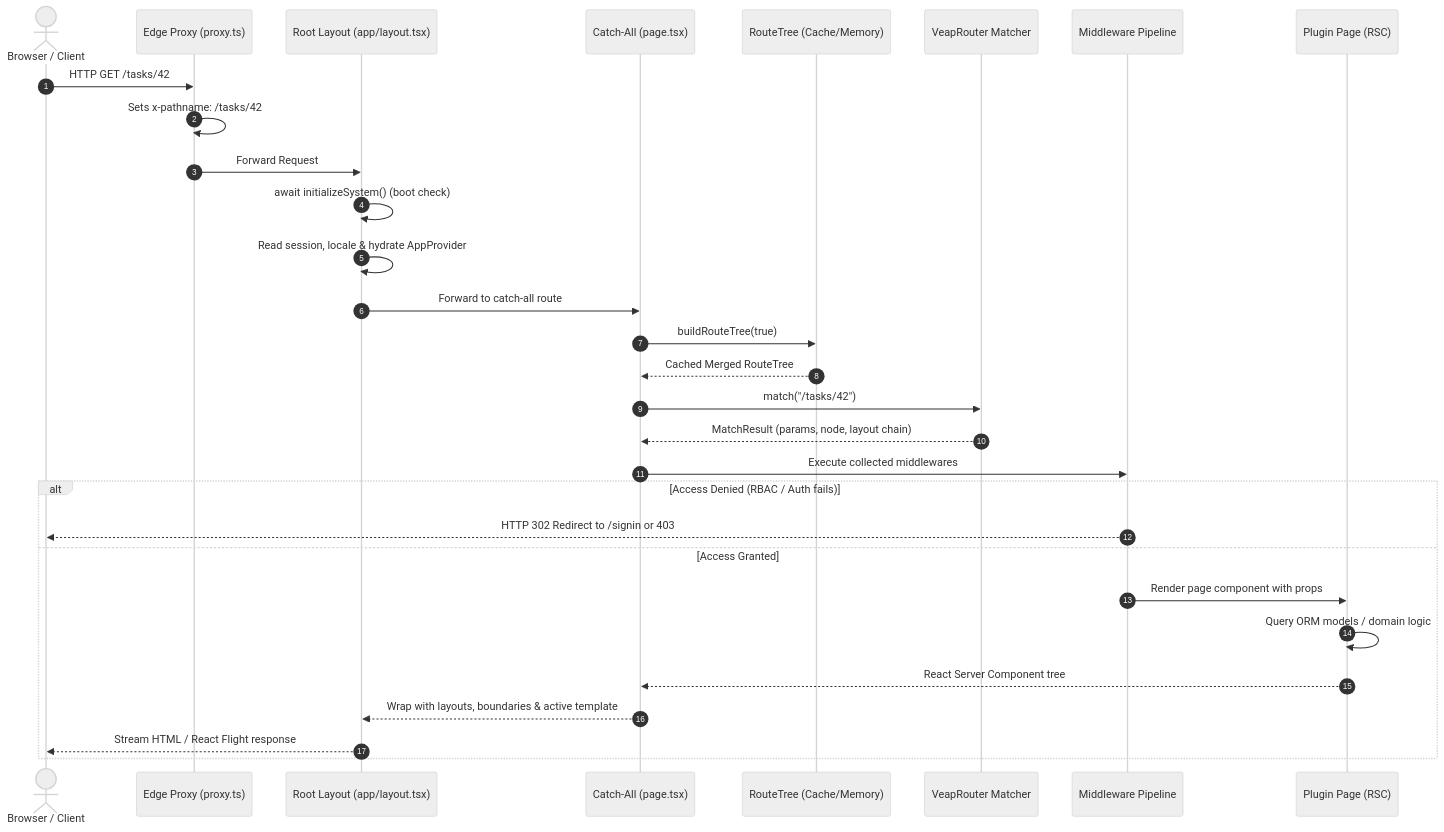
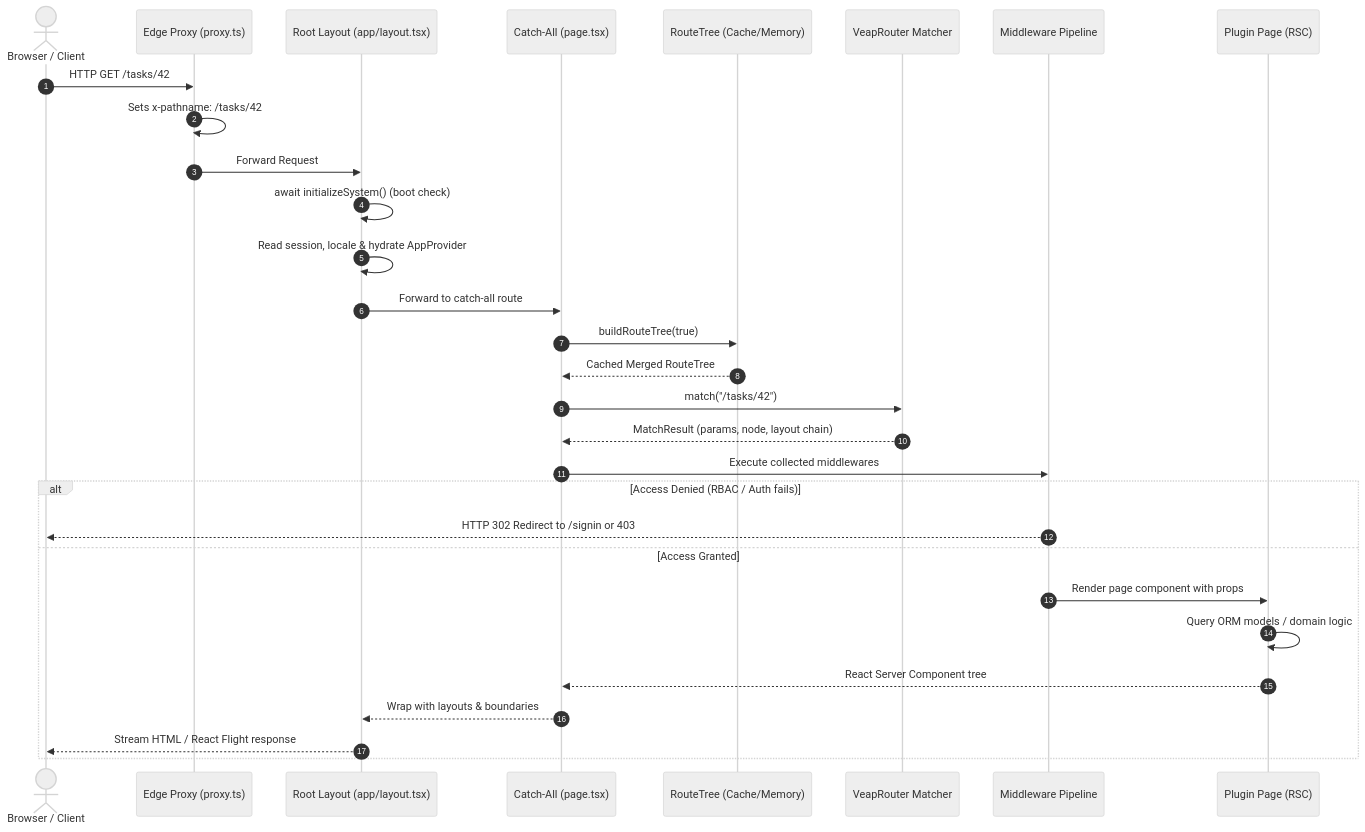
One commit to veapjs/veap changed the fourth of 4 diagrams in docs/fundamentals/architecture.md. Above: the diagram before and after it, drawn with Mermaid (neutral theme). The commit also changed other lines of this file and 51 other files, not shown here.

````diff
--- a/docs/fundamentals/architecture.md
+++ b/docs/fundamentals/architecture.md
@@ -176,36 +176,36 @@
 ```mermaid
 sequenceDiagram
     autonumber
     actor Client as Browser / Client
     participant Proxy as Edge Proxy (proxy.ts)
     participant Layout as Root Layout (app/layout.tsx)
     participant CatchAll as Catch-All (page.tsx)
     participant RouteCache as RouteTree (Cache/Memory)
     participant Router as VeapRouter Matcher
     participant Pipeline as Middleware Pipeline
     participant PluginRSC as Plugin Page (RSC)
 
     Client->>Proxy: HTTP GET /tasks/42
     Proxy->>Proxy: Sets x-pathname: /tasks/42
     Proxy->>Layout: Forward Request
 
     Layout->>Layout: await initializeSystem() (boot check)
     Layout->>Layout: Read session, locale & hydrate AppProvider
 
     Layout->>CatchAll: Forward to catch-all route
     CatchAll->>RouteCache: buildRouteTree(true)
     RouteCache-->>CatchAll: Cached Merged RouteTree
     CatchAll->>Router: match("/tasks/42")
     Router-->>CatchAll: MatchResult (params, node, layout chain)
 
     CatchAll->>Pipeline: Execute collected middlewares
     alt Access Denied (RBAC / Auth fails)
         Pipeline-->>Client: HTTP 302 Redirect to /signin or 403
     else Access Granted
         Pipeline->>PluginRSC: Render page component with props
         PluginRSC->>PluginRSC: Query ORM models / domain logic
         PluginRSC-->>CatchAll: React Server Component tree
-        CatchAll-->>Layout: Wrap with layouts, boundaries & active template
+        CatchAll-->>Layout: Wrap with layouts & boundaries
         Layout-->>Client: Stream HTML / React Flight response
     end
 ```
````
